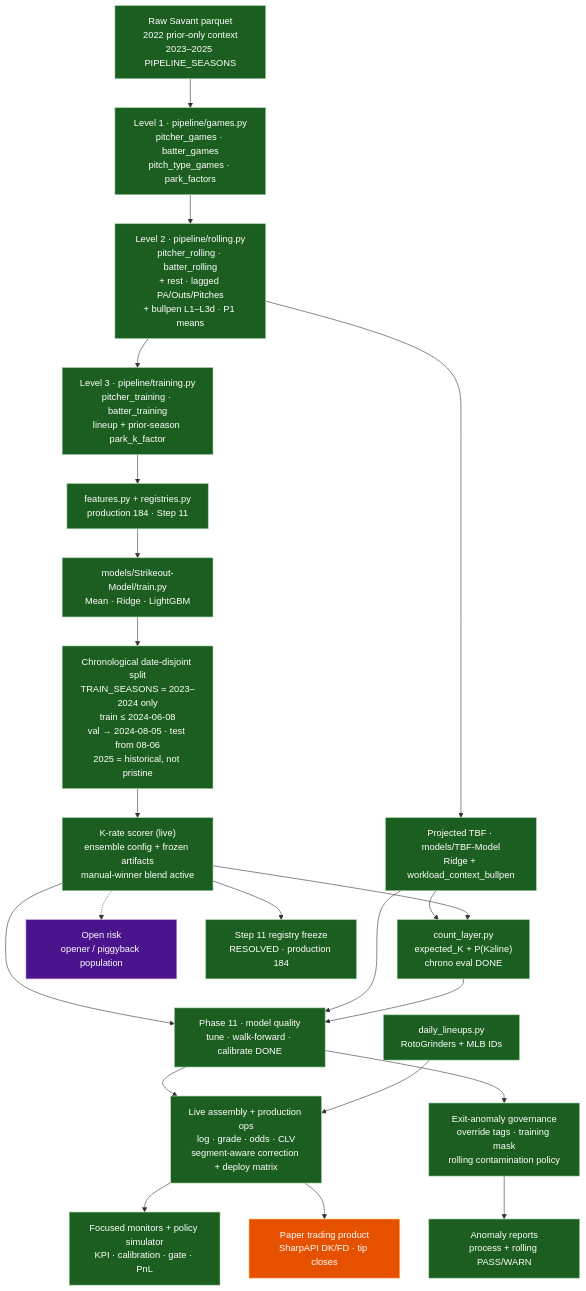
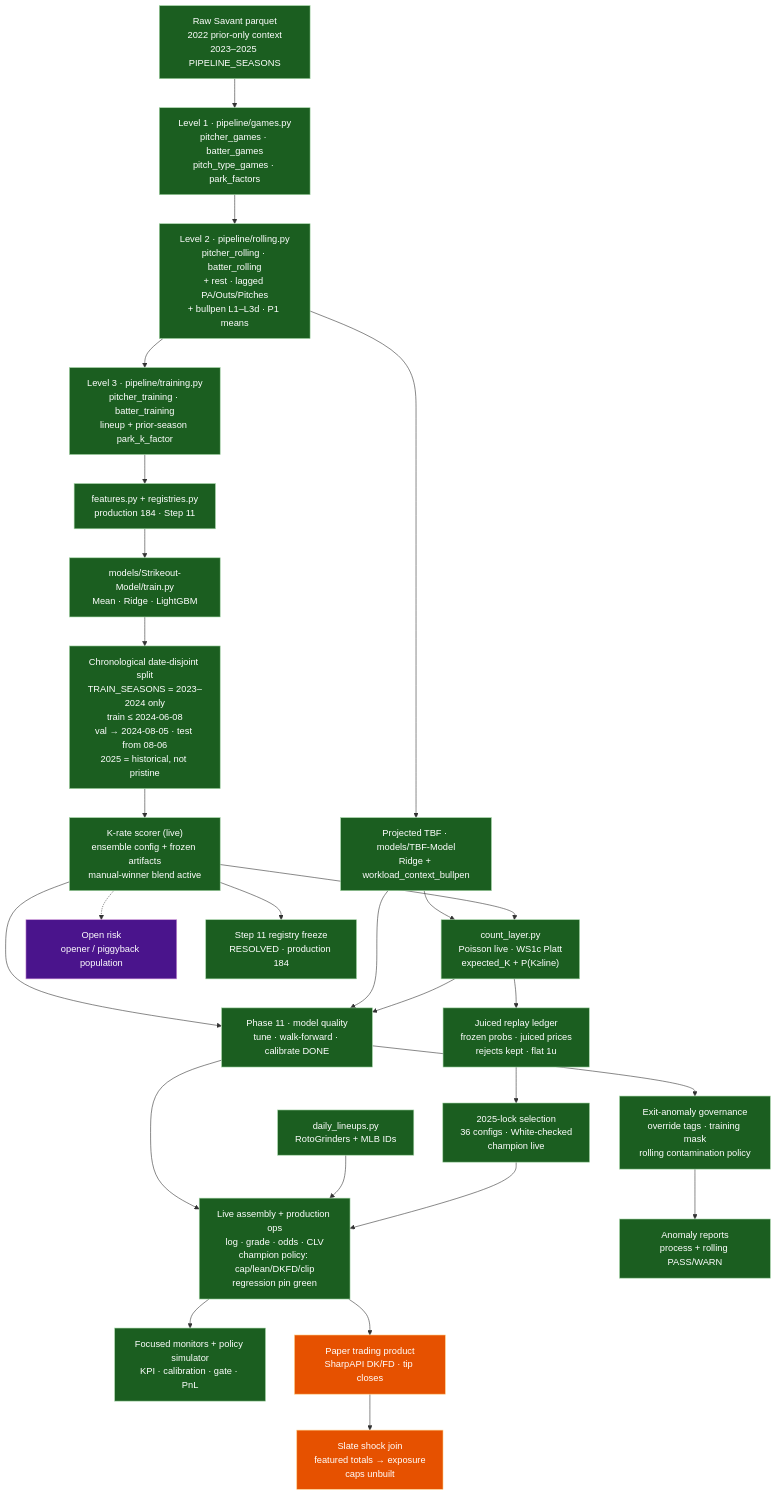
Before and after one commit to Cbkaplinger/MLB-Props: the diagram in docs/diagrams/01-architecture.md, drawn with Mermaid. The commit also changed 8 other files, not shown here.

First line of the commit message:
docs: repo second pass (champion policy, replay surfaces, diagrams, free-only)

````diff
--- a/docs/diagrams/01-architecture.md
+++ b/docs/diagrams/01-architecture.md
@@ -7,47 +7,53 @@
 ```mermaid
 flowchart TB
   classDef built fill:#1b5e20,stroke:#a5d6a7,color:#fff
   classDef partial fill:#e65100,stroke:#ffcc80,color:#fff
   classDef missing fill:#b71c1c,stroke:#ef9a9a,color:#fff
   classDef risk fill:#4a148c,stroke:#ce93d8,color:#fff
   classDef next fill:#01579b,stroke:#81d4fa,color:#fff
 
   RAW["Raw Savant parquet<br/>2022 prior-only context<br/>2023–2025 PIPELINE_SEASONS"]:::built
 
   L1["Level 1 · pipeline/games.py<br/>pitcher_games · batter_games<br/>pitch_type_games · park_factors"]:::built
   L2["Level 2 · pipeline/rolling.py<br/>pitcher_rolling · batter_rolling<br/>+ rest · lagged PA/Outs/Pitches<br/>+ bullpen L1–L3d · P1 means"]:::built
   L3["Level 3 · pipeline/training.py<br/>pitcher_training · batter_training<br/>lineup + prior-season park_k_factor"]:::built
 
   FEAT["features.py + registries.py<br/>production 184 · Step 11"]:::built
   TRAIN["models/Strikeout-Model/train.py<br/>Mean · Ridge · LightGBM"]:::built
   CV["Chronological date-disjoint split<br/>TRAIN_SEASONS = 2023–2024 only<br/>train ≤ 2024-06-08<br/>val → 2024-08-05 · test from 08-06<br/>2025 = historical, not pristine"]:::built
   ART["K-rate scorer (live)<br/>ensemble config + frozen artifacts<br/>manual-winner blend active"]:::built
 
   TBF["Projected TBF · models/TBF-Model<br/>Ridge + workload_context_bullpen"]:::built
-  EXP["count_layer.py<br/>expected_K + P(K≥line)<br/>chrono eval DONE"]:::built
+  EXP["count_layer.py<br/>Poisson live · WS1c Platt<br/>expected_K + P(K≥line)"]:::built
 
   P11["Phase 11 · model quality<br/>tune · walk-forward · calibrate DONE"]:::built
   DL["daily_lineups.py<br/>RotoGrinders + MLB IDs"]:::built
-  LIVE["Live assembly + production ops<br/>log · grade · odds · CLV<br/>segment-aware correction + deploy matrix"]:::built
+  LIVE["Live assembly + production ops<br/>log · grade · odds · CLV<br/>champion policy: cap/lean/DKFD/clip<br/>regression pin green"]:::built
   ANOM["Exit-anomaly governance<br/>override tags · training mask<br/>rolling contamination policy"]:::built
   REP["Anomaly reports<br/>process + rolling PASS/WARN"]:::built
   MON["Focused monitors + policy simulator<br/>KPI · calibration · gate · PnL"]:::built
   MKT["Paper trading product<br/>SharpAPI DK/FD · tip closes"]:::partial
+  JUICE["Juiced replay ledger<br/>frozen probs · juiced prices<br/>rejects kept · flat 1u"]:::built
+  SEL["2025-lock selection<br/>36 configs · White-checked<br/>champion live"]:::built
+  SLATE["Slate shock join<br/>featured totals → exposure<br/>caps unbuilt"]:::partial
 
   OPEN["Open risk<br/>opener / piggyback population"]:::risk
   REG["Step 11 registry freeze<br/>RESOLVED · production 184"]:::built
 
   RAW --> L1 --> L2 --> L3 --> FEAT --> TRAIN --> CV --> ART
   L2 --> TBF --> EXP
   ART --> EXP
   ART --> P11
   TBF --> P11
   EXP --> P11
   P11 --> LIVE
   P11 --> ANOM --> REP
   DL --> LIVE
   LIVE --> MON
   LIVE --> MKT
+  EXP --> JUICE --> SEL
+  SEL --> LIVE
+  MKT --> SLATE
   ART -.-> OPEN
   ART --> REG
 ```
````
